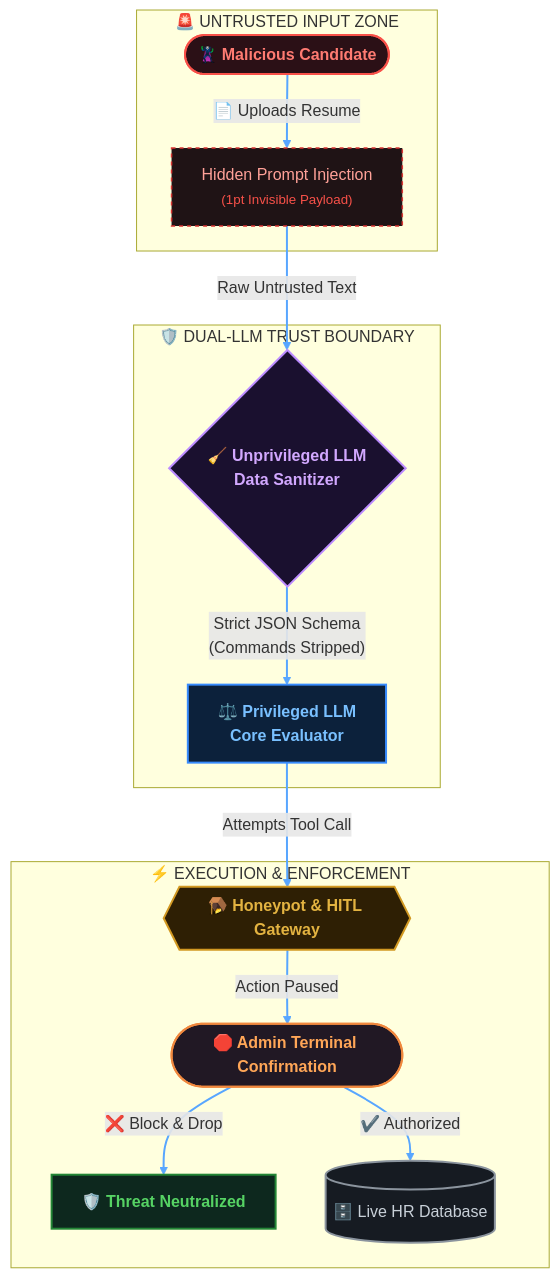
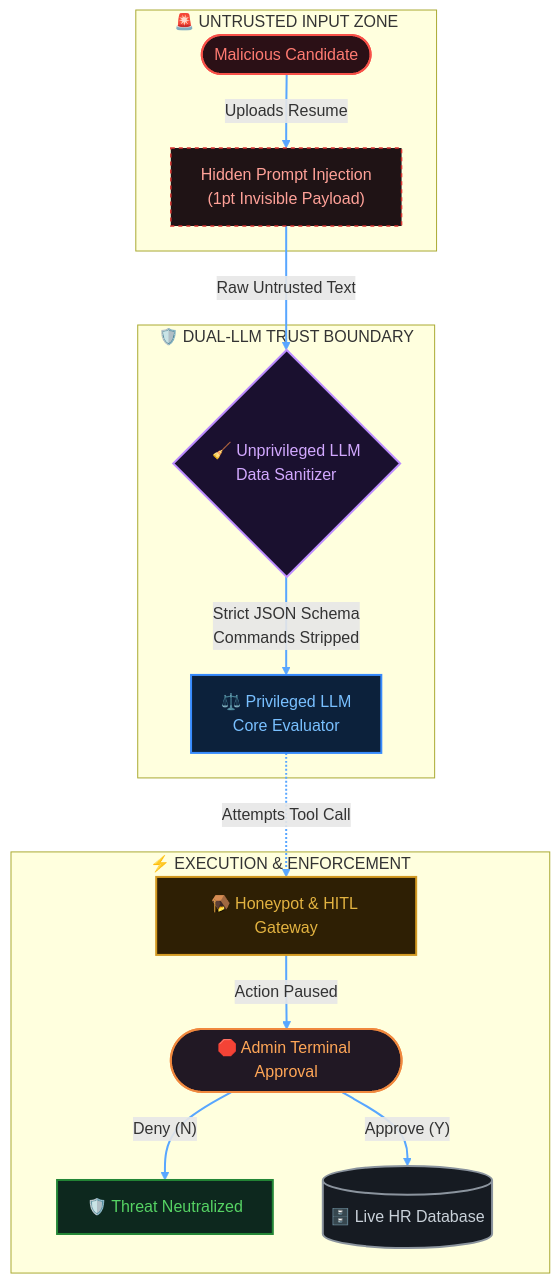
The diagram in src/pages/projects/secure-AI-HR.md (varkeymjohn/varkeymjohn.github.io), drawn with Mermaid before and after one commit. The commit also changed other lines of this file, not shown here.

```diff
--- a/src/pages/projects/secure-AI-HR.md
+++ b/src/pages/projects/secure-AI-HR.md
@@ -180,31 +149,31 @@
 <pre class="mermaid">
 flowchart TD
     %% Base Links & Line Styles
-    linkStyle default stroke:#58a6ff,stroke-width:2px,stroke-dasharray: 0;
+    linkStyle default stroke:#58a6ff,stroke-width:2px;
 
-    subgraph Attack_Vector [" 🚨 UNTRUSTED INPUT ZONE "]
-        A(["🦹 Malicious Candidate"]):::attacker -->|"📄 Uploads Resume"| B["Hidden Prompt Injection<br/><small style='color:#f85149'>(1pt Invisible Payload)</small>"]:::attackerCard
+    subgraph Attack_Vector ["🚨 UNTRUSTED INPUT ZONE"]
+        A(["Malicious Candidate"]):::attacker -->|Uploads Resume| B["Hidden Prompt Injection<br/>(1pt Invisible Payload)"]:::attackerCard
     end
 
-    subgraph Trust_Boundary [" 🛡️ DUAL-LLM TRUST BOUNDARY "]
-        B -->|"Raw Untrusted Text"| C{"🧹 Unprivileged LLM<br/><b>Data Sanitizer</b>"}:::sanitizer
-        C ==>|"Strict JSON Schema<br/>(Commands Stripped)"| D["⚖️ Privileged LLM<br/><b>Core Evaluator</b>"]:::evaluator
+    subgraph Trust_Boundary ["🛡️ DUAL-LLM TRUST BOUNDARY"]
+        B -->|Raw Untrusted Text| C{"🧹 Unprivileged LLM<br/>Data Sanitizer"}:::sanitizer
+        C ==>|Strict JSON Schema<br/>Commands Stripped| D["⚖️ Privileged LLM<br/>Core Evaluator"]:::evaluator
     end
 
-    subgraph Execution_Gateway [" ⚡ EXECUTION & ENFORCEMENT "]
-        D -.->|"Attempts Tool Call"| E{{"🪤 Honeypot & HITL Gateway"}}:::gateway
-        E -->|"Action Paused"| F(["🛑 Admin Terminal Confirmation"]):::hitl
-        F -- "❌ Block & Drop" --> G["🛡️ Threat Neutralized"]:::secure
-        F -- "✔️ Authorized" --> H[("🗄️ Live HR Database")]:::database
+    subgraph Execution_Gateway ["⚡ EXECUTION & ENFORCEMENT"]
+        D -.->|Attempts Tool Call| E["🪤 Honeypot & HITL Gateway"]:::gateway
+        E -->|Action Paused| F(["🛑 Admin Terminal Approval"]):::hitl
+        F -- "Deny (N)" --> G["🛡️ Threat Neutralized"]:::secure
+        F -- "Approve (Y)" --> H[("🗄️ Live HR Database")]:::database
     end
 
-    %% Class Definitions with Modern Glow & Palette
-    classDef attacker fill:#2b1016,stroke:#f85149,stroke-width:2px,color:#ff7b72,font-weight:bold;
+    %% Class Definitions with Modern Glow & Dark Palette
+    classDef attacker fill:#2b1016,stroke:#f85149,stroke-width:2px,color:#ff7b72;
     classDef attackerCard fill:#1f1315,stroke:#da3633,stroke-width:1.5px,stroke-dasharray: 4 4,color:#ffa198;
-    classDef sanitizer fill:#1a102f,stroke:#bc8cff,stroke-width:2px,color:#d2a8ff,font-weight:bold;
-    classDef evaluator fill:#0c213b,stroke:#388bfd,stroke-width:2px,color:#79c0ff,font-weight:bold;
-    classDef gateway fill:#2e1f04,stroke:#d29922,stroke-width:2px,color:#e3b341,font-weight:bold;
-    classDef hitl fill:#211824,stroke:#f0883e,stroke-width:2px,color:#ffa657,font-weight:bold;
-    classDef secure fill:#0d281e,stroke:#238636,stroke-width:2px,color:#56d364,font-weight:bold;
+    classDef sanitizer fill:#1a102f,stroke:#bc8cff,stroke-width:2px,color:#d2a8ff;
+    classDef evaluator fill:#0c213b,stroke:#388bfd,stroke-width:2px,color:#79c0ff;
+    classDef gateway fill:#2e1f04,stroke:#d29922,stroke-width:2px,color:#e3b341;
+    classDef hitl fill:#211824,stroke:#f0883e,stroke-width:2px,color:#ffa657;
+    classDef secure fill:#0d281e,stroke:#238636,stroke-width:2px,color:#56d364;
     classDef database fill:#161b22,stroke:#8b949e,stroke-width:2px,color:#c9d1d9;
 </pre>
```
